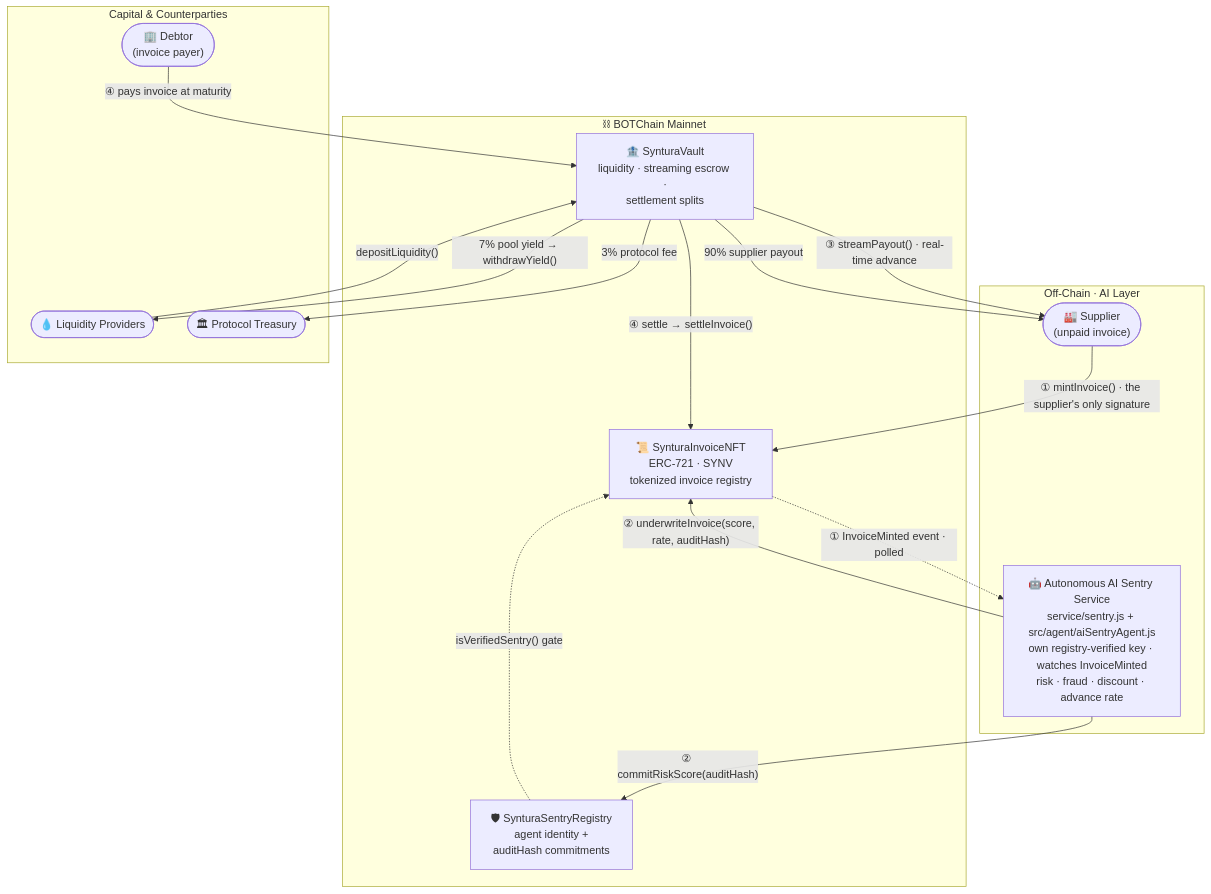
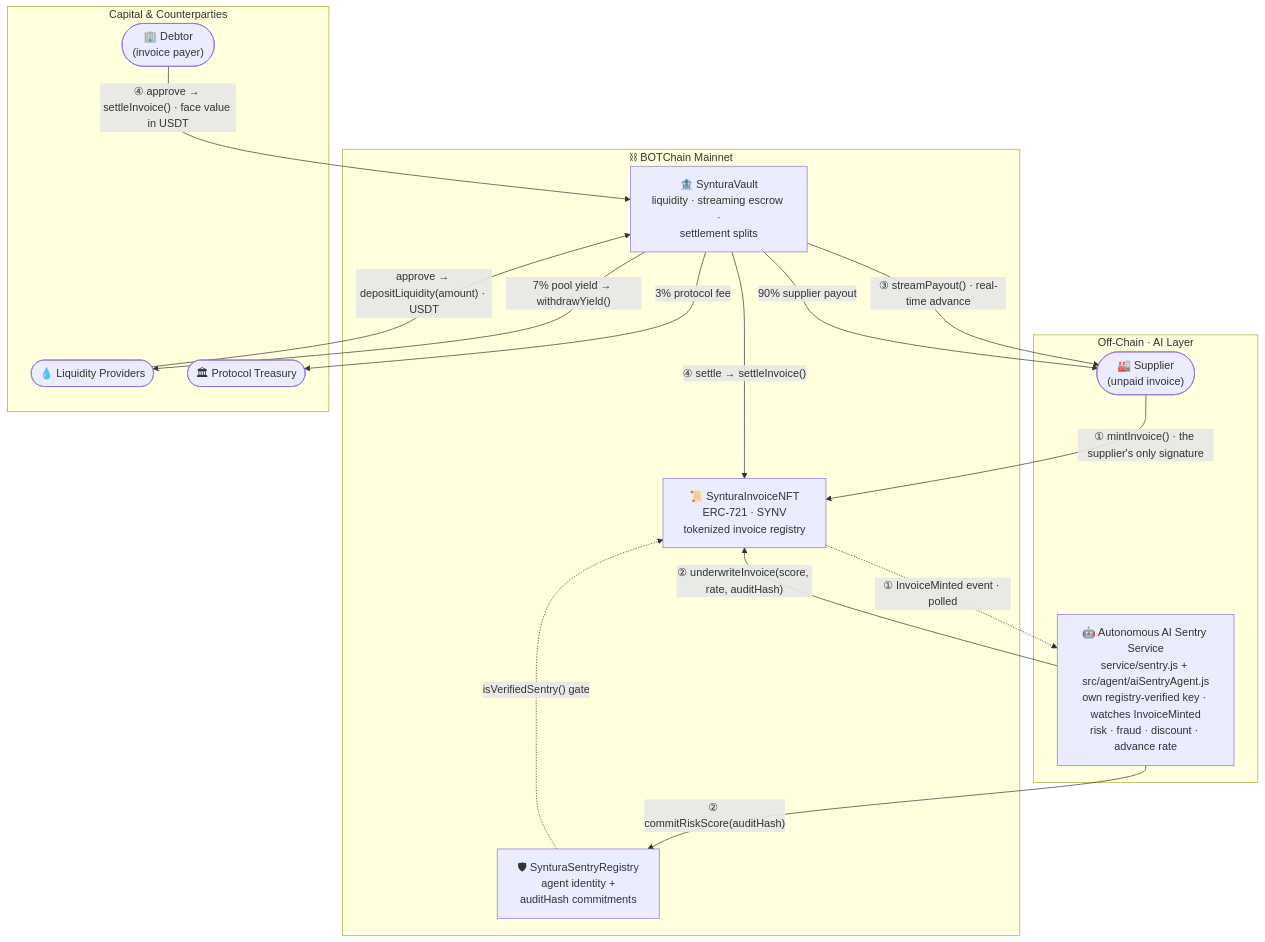
The diagram in README.md (mrnetwork0001/Syntura), drawn with Mermaid before and after one commit. The commit also changed other lines of this file and 1 other file, not shown here.

First line of the commit message:
docs: USDT settlement replaces the demo peg

````diff
--- a/README.md
+++ b/README.md
@@ -84,32 +84,32 @@
 ```mermaid
 flowchart TB
     subgraph OFFCHAIN["Off-Chain · AI Layer"]
         SUPPLIER(["🏭 Supplier<br/>(unpaid invoice)"])
         SENTRY["🤖 Autonomous AI Sentry Service<br/>service/sentry.js + src/agent/aiSentryAgent.js<br/>own registry-verified key · watches InvoiceMinted<br/>risk · fraud · discount · advance rate"]
     end
 
     subgraph BOTCHAIN["⛓ BOTChain Mainnet"]
         NFT["📜 SynturaInvoiceNFT<br/>ERC-721 · SYNV<br/>tokenized invoice registry"]
         REG["🛡 SynturaSentryRegistry<br/>agent identity +<br/>auditHash commitments"]
         VAULT["🏦 SynturaVault<br/>liquidity · streaming escrow ·<br/>settlement splits"]
     end
 
     subgraph ACTORS["Capital & Counterparties"]
         LP(["💧 Liquidity Providers"])
         DEBTOR(["🏢 Debtor<br/>(invoice payer)"])
         TREASURY(["🏛 Protocol Treasury"])
     end
 
     SUPPLIER -- "① mintInvoice() · the supplier's only signature" --> NFT
     NFT -. "① InvoiceMinted event · polled" .-> SENTRY
     SENTRY -- "② underwriteInvoice(score, rate, auditHash)" --> NFT
     SENTRY -- "② commitRiskScore(auditHash)" --> REG
     REG -. "isVerifiedSentry() gate" .-> NFT
-    LP -- "depositLiquidity()" --> VAULT
+    LP -- "approve → depositLiquidity(amount) · USDT" --> VAULT
     VAULT -- "③ streamPayout() · real-time advance" --> SUPPLIER
-    DEBTOR -- "④ pays invoice at maturity" --> VAULT
+    DEBTOR -- "④ approve → settleInvoice() · face value in USDT" --> VAULT
     VAULT -- "④ settle → settleInvoice()" --> NFT
     VAULT -- "90% supplier payout" --> SUPPLIER
     VAULT -- "7% pool yield → withdrawYield()" --> LP
     VAULT -- "3% protocol fee" --> TREASURY
 ```
````
